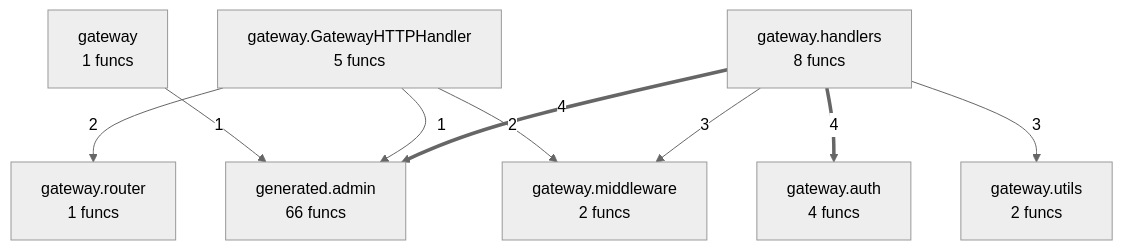
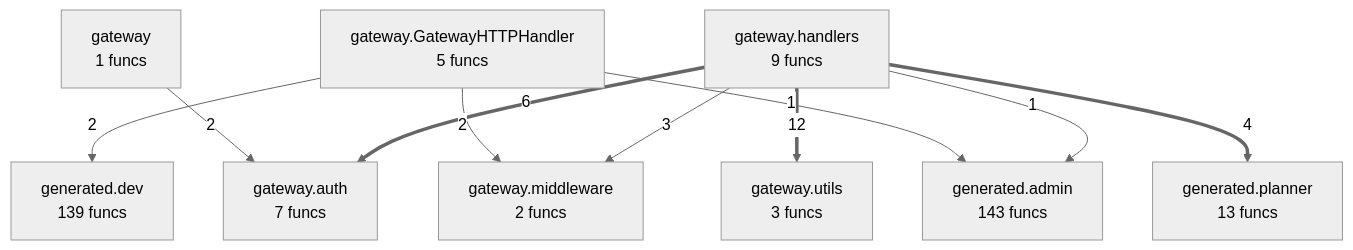
One commit to paxlet-com/taskand changed the diagram in project/compact_flow.mmd. Above: the diagram before and after it, drawn with Mermaid (neutral theme). The commit also changed 138 other files, not shown here.

```diff
--- a/project/compact_flow.mmd
+++ b/project/compact_flow.mmd
@@ -1,18 +1,20 @@
 flowchart TD
-%% generated in 0.00s
+%% generated in 0.01s
     gateway["gateway<br/>1 funcs"]
     gateway__GatewayHTTPHandler["gateway.GatewayHTTPHandler<br/>5 funcs"]
-    gateway__auth["gateway.auth<br/>4 funcs"]
-    gateway__handlers["gateway.handlers<br/>8 funcs"]
+    gateway__auth["gateway.auth<br/>7 funcs"]
+    gateway__handlers["gateway.handlers<br/>9 funcs"]
     gateway__middleware["gateway.middleware<br/>2 funcs"]
-    gateway__router["gateway.router<br/>1 funcs"]
-    gateway__utils["gateway.utils<br/>2 funcs"]
-    generated__admin["generated.admin<br/>66 funcs"]
-    gateway__handlers ==>|4| generated__admin
-    gateway__handlers ==>|4| gateway__auth
+    gateway__utils["gateway.utils<br/>3 funcs"]
+    generated__admin["generated.admin<br/>143 funcs"]
+    generated__dev["generated.dev<br/>139 funcs"]
+    generated__planner["generated.planner<br/>13 funcs"]
+    gateway__handlers ==>|12| gateway__utils
+    gateway__handlers ==>|6| gateway__auth
+    gateway__handlers ==>|4| generated__planner
     gateway__handlers -->|3| gateway__middleware
-    gateway__handlers -->|3| gateway__utils
     gateway__GatewayHTTPHandler -->|2| gateway__middleware
-    gateway__GatewayHTTPHandler -->|2| gateway__router
+    gateway__GatewayHTTPHandler -->|2| generated__dev
+    gateway -->|2| gateway__auth
+    gateway__handlers -->|1| generated__admin
     gateway__GatewayHTTPHandler -->|1| generated__admin
-    gateway -->|1| generated__admin
```
